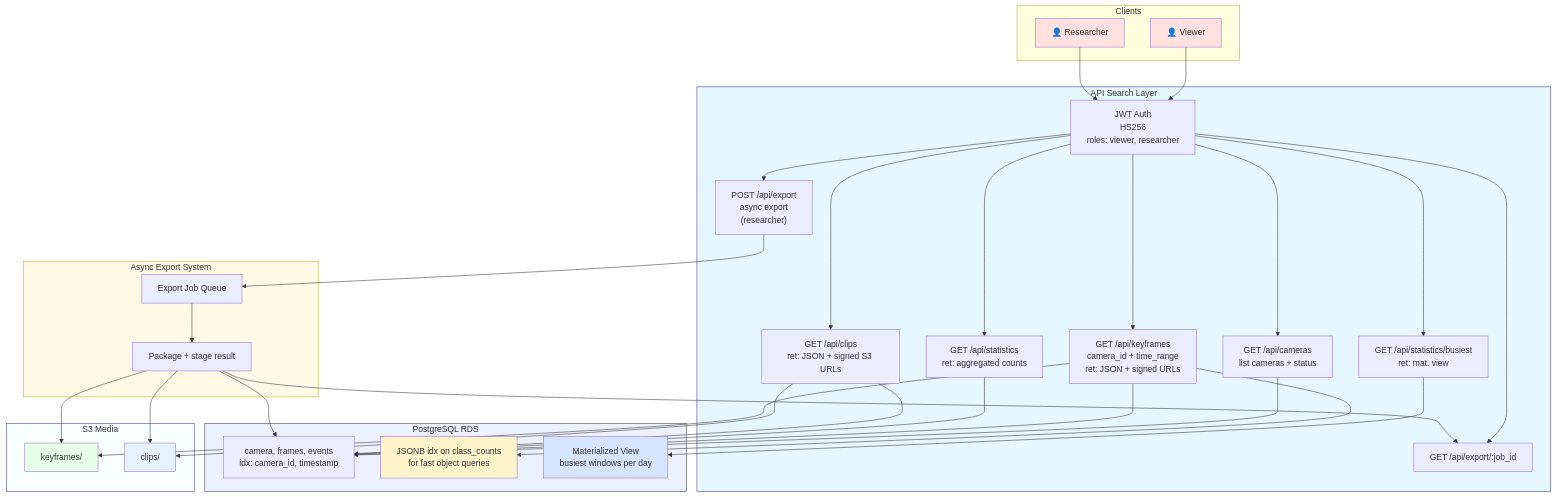
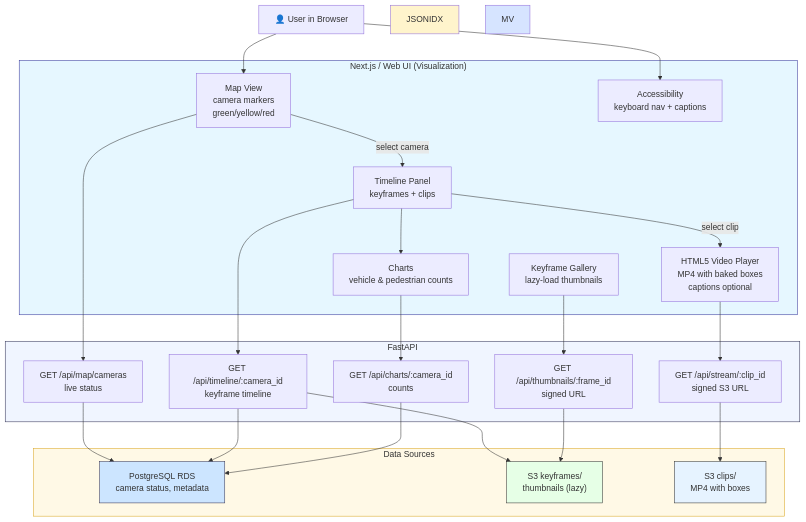
Before and after one commit to zChen-1/Projects-in-school: the diagram in test.mmd, drawn with Mermaid.

```diff
--- a/test.mmd
+++ b/test.mmd
@@ -1,73 +1,67 @@
 graph TB
 
-    subgraph Clients["Clients"]
-        VIEWER["👤 Viewer"]
-        RESEARCHER["👤 Researcher"]
+    %% ===== User / UI Layer =====
+    USER["👤 User in Browser"]
+
+    subgraph UI["Next.js / Web UI (Visualization)"]
+        MAP["Map View<br/>camera markers<br/>green/yellow/red"]
+        TL["Timeline Panel<br/>keyframes + clips"]
+        KP["Keyframe Gallery<br/>lazy-load thumbnails"]
+        CH["Charts<br/>vehicle & pedestrian counts"]
+        VID["HTML5 Video Player<br/>MP4 with baked boxes<br/>captions optional"]
+        ACC["Accessibility<br/>keyboard nav + captions"]
     end
 
-    subgraph API["API Search Layer"]
-        AUTH["JWT Auth<br/>HS256<br/>roles: viewer, researcher"]
-
-        LIST_CAMS["GET /api/cameras<br/>list cameras + status"]
-        KEYFRAMES["GET /api/keyframes<br/>camera_id + time_range<br/>ret: JSON + signed URLs"]
-        STATS["GET /api/statistics<br/>ret: aggregated counts"]
-        BUSIEST["GET /api/statistics/busiest<br/>ret: mat. view"]
-        CLIPS["GET /api/clips<br/>ret: JSON + signed S3 URLs"]
-        EXPORT_REQ["POST /api/export<br/>async export<br/>(researcher)"]
-        EXPORT_STATUS["GET /api/export/:job_id"]
+    %% ===== API Layer =====
+    subgraph API["FastAPI"]
+        MAP_EP["GET /api/map/cameras<br/>live status"]
+        TL_EP["GET /api/timeline/:camera_id<br/>keyframe timeline"]
+        CLIP_EP["GET /api/stream/:clip_id<br/>signed S3 URL"]
+        THUMB_EP["GET /api/thumbnails/:frame_id<br/>signed URL"]
+        CH_EP["GET /api/charts/:camera_id<br/>counts"]
     end
 
-    subgraph DB["PostgreSQL RDS"]
-        TABLES["camera, frames, events<br/>idx: camera_id, timestamp"]
-        JSONIDX["JSONB idx on class_counts<br/>for fast object queries"]
-        MV["Materialized View<br/>busiest windows per day"]
+    %% ===== Data / Media =====
+    subgraph DATA["Data Sources"]
+        RDS["PostgreSQL RDS<br/>camera status, metadata"]
+        S3KF["S3 keyframes/<br/>thumbnails (lazy)"]
+        S3CLIP["S3 clips/<br/>MP4 with boxes"]
     end
 
-    subgraph Storage["S3 Media"]
-        S3KF["keyframes/"]
-        S3CLIPS["clips/"]
-    end
+    %% ===== Flows =====
+    USER --> MAP
+    USER --> ACC
 
-    subgraph Jobs["Async Export System"]
-        JOBQ["Export Job Queue"]
-        JOBPKG["Package + stage result"]
-    end
+    %% map needs camera status
+    MAP --> MAP_EP
+    MAP_EP --> RDS
 
-    VIEWER --> AUTH
-    RESEARCHER --> AUTH
+    %% marker click → load timeline
+    MAP -->|"select camera"| TL
+    TL --> TL_EP
+    TL_EP --> RDS
+    TL_EP --> S3KF
 
-    AUTH --> LIST_CAMS
-    AUTH --> KEYFRAMES
-    AUTH --> STATS
-    AUTH --> BUSIEST
-    AUTH --> CLIPS
-    AUTH --> EXPORT_REQ
-    AUTH --> EXPORT_STATUS
+    %% keyframes (lazy thumbnails)
+    KP --> THUMB_EP
+    THUMB_EP --> S3KF
 
-    LIST_CAMS --> TABLES
-    KEYFRAMES --> TABLES
-    KEYFRAMES --> JSONIDX
-    STATS --> TABLES
-    BUSIEST --> MV
-    CLIPS --> TABLES
+    %% charts
+    TL --> CH
+    CH --> CH_EP
+    CH_EP --> RDS
 
-    KEYFRAMES --> S3KF
-    CLIPS --> S3CLIPS
+    %% video playback
+    TL -->|"select clip"| VID
+    VID --> CLIP_EP
+    CLIP_EP --> S3CLIP
 
-    EXPORT_REQ --> JOBQ
-    JOBQ --> JOBPKG
-    JOBPKG --> S3CLIPS
-    JOBPKG --> S3KF
-    JOBPKG --> TABLES
-    JOBPKG --> EXPORT_STATUS
-
-    style API fill:#e6f7ff,stroke:#339,stroke-width:1px
-    style DB fill:#edf0ff,stroke:#335,stroke-width:1px
-    style Storage fill:#f9ffff,stroke:#339,stroke-width:1px
-    style Jobs fill:#fff9e6,stroke:#d9a520,stroke-width:1px
-    style VIEWER fill:#ffe1e1
-    style RESEARCHER fill:#ffe1e1
-    style S3KF fill:#e6ffe6
-    style S3CLIPS fill:#e6f3ff
+    %% ===== Styling =====
+    style UI fill:#e6f7ff,stroke:#339,stroke-width:1px
+    style API fill:#f0f5ff,stroke:#335,stroke-width:1px
+    style DATA fill:#fff9e6,stroke:#d9a520,stroke-width:1px
+    style RDS fill:#cce5ff,stroke:#335
+    style S3KF fill:#e6ffe6,stroke:#333
+    style S3CLIP fill:#e6f3ff,stroke:#333
     style JSONIDX fill:#fff4cc
     style MV fill:#d6e4ff
```
